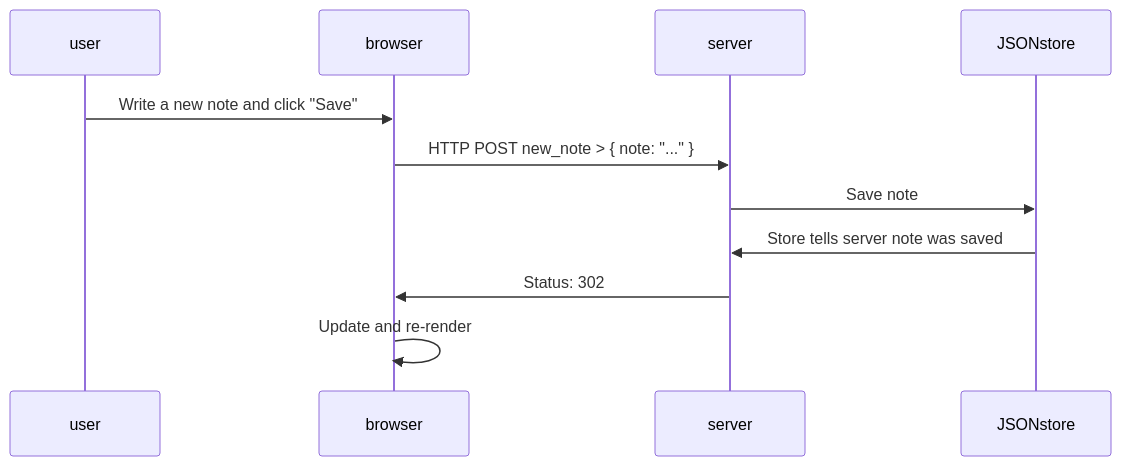
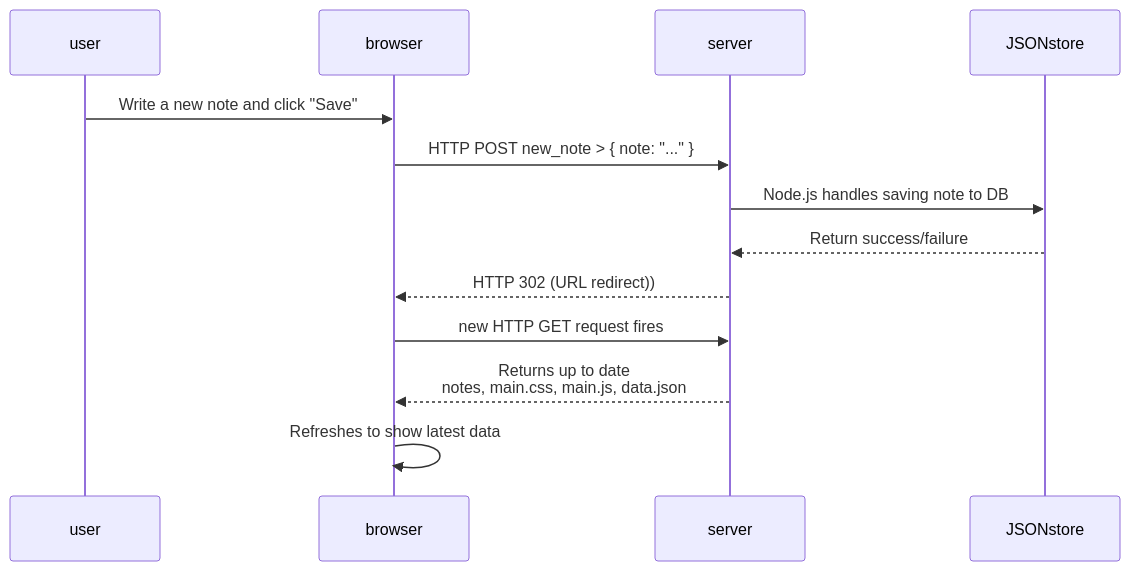
Before and after one commit to wjbetech/UoH-FSO: the diagram in Part 0/0.4/chainOfEvents.md, drawn with Mermaid.

Commit message:
Finished mermaid diagram for notes app

````diff
--- a/Part 0/0.4/chainOfEvents.md
+++ b/Part 0/0.4/chainOfEvents.md
@@ -1,14 +1,16 @@
 ```mermaid
 sequenceDiagram
 participant user
 participant browser
 participant server
 participant JSONstore
 
 user->>browser: Write a new note and click "Save"
 browser->>server: HTTP POST new_note > { note: "..." }
-server->>JSONstore: Save note
-JSONstore->>server: Store tells server note was saved
-server->>browser: Status: 302
-browser->>browser: Update and re-render
+server->>JSONstore: Node.js handles saving note to DB
+JSONstore-->>server: Return success/failure
+server-->>browser: HTTP 302 (URL redirect))
+browser->>server: new HTTP GET request fires
+server-->>browser: Returns up to date <br> notes, main.css, main.js, data.json
+browser->>browser: Refreshes to show latest data
 ```
````
